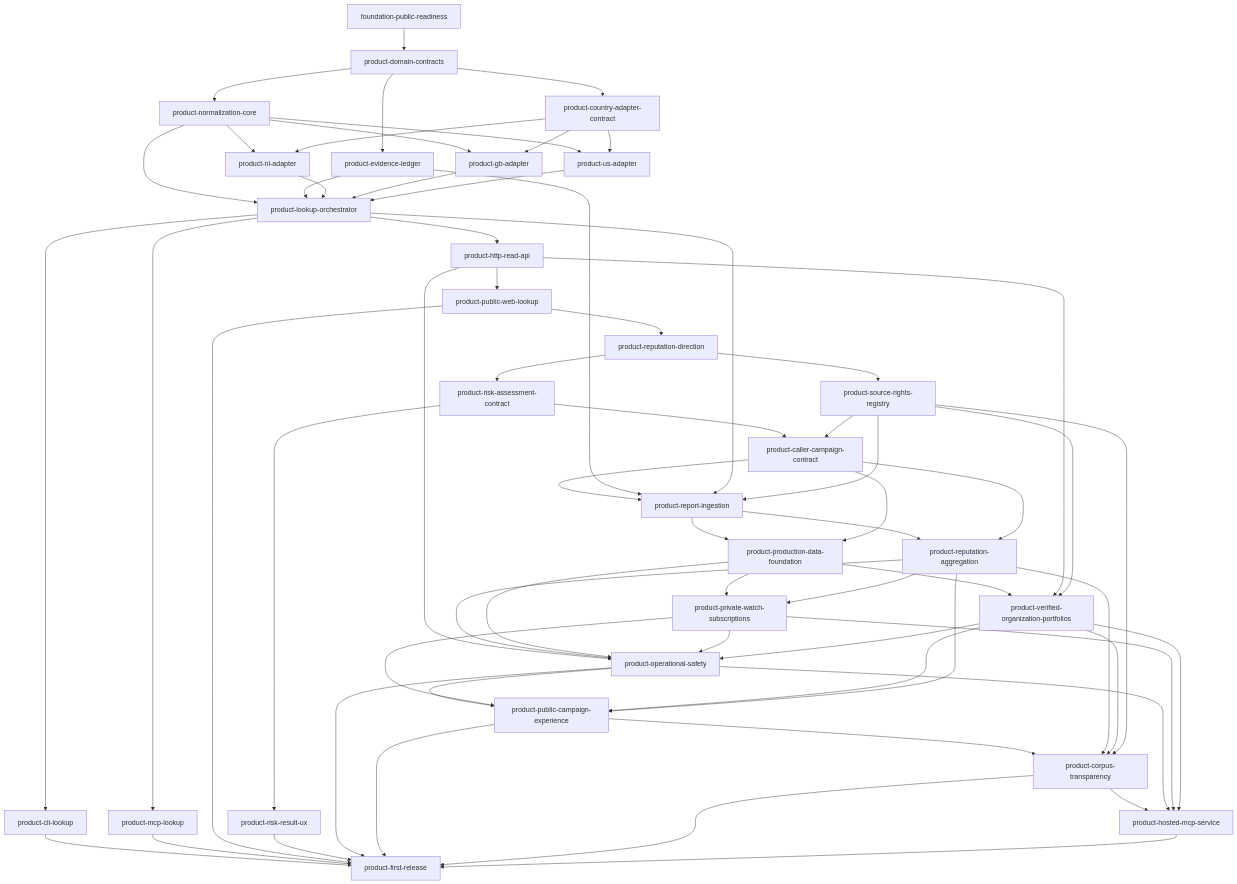
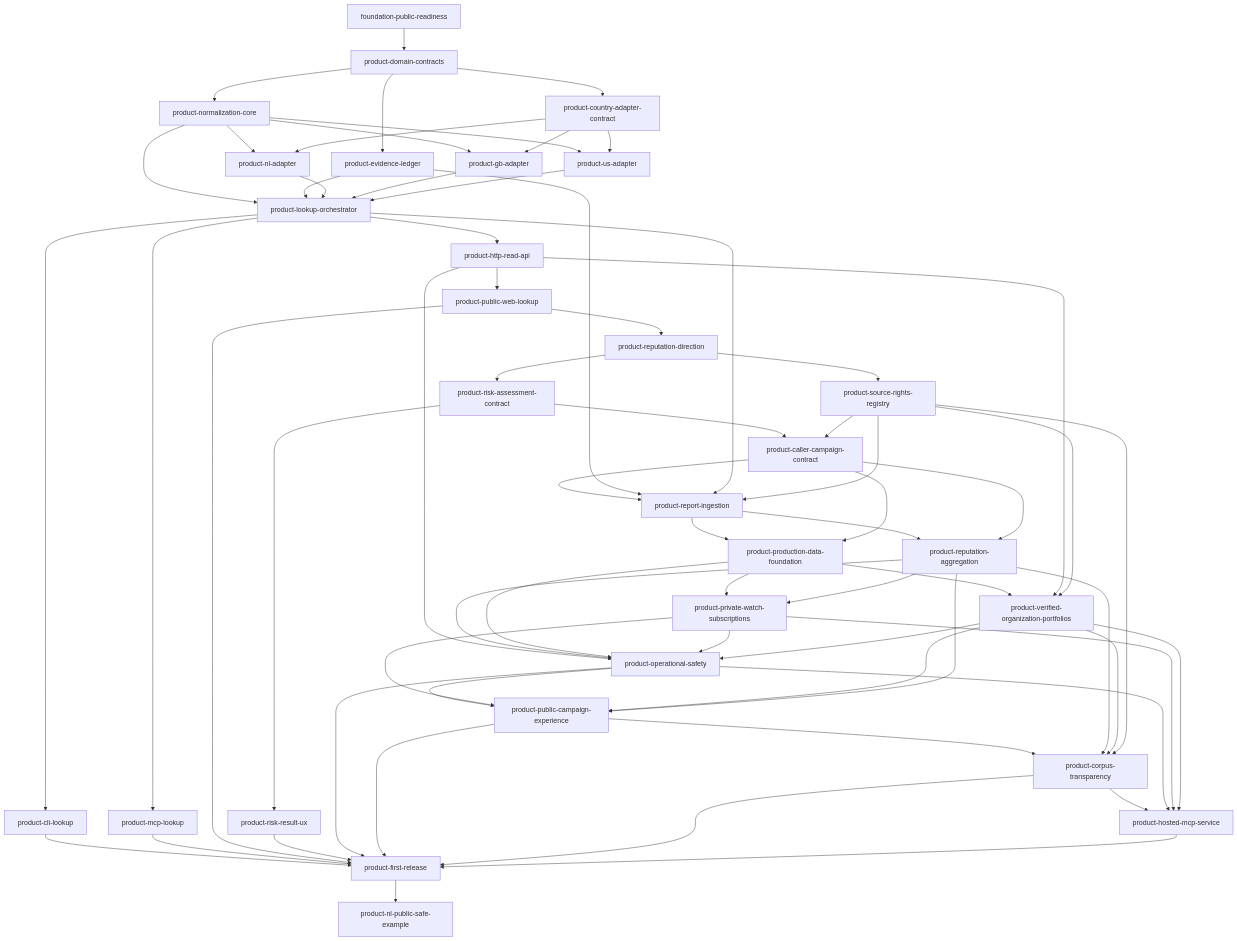
The diagram in docs/implementation-plan.md (viggomeesters/callersignal), drawn with Mermaid before and after one commit. The commit also changed other lines of this file and 26 other files, not shown here.

Commit message:
feat: add Dutch public-safe lookup example

````diff
--- a/docs/implementation-plan.md
+++ b/docs/implementation-plan.md
@@ -247,66 +257,67 @@
 ```mermaid
 flowchart TD
     F[foundation-public-readiness] --> D[product-domain-contracts]
     D --> N[product-normalization-core]
     D --> E[product-evidence-ledger]
     D --> C[product-country-adapter-contract]
     N --> NL[product-nl-adapter]
     C --> NL
     N --> GB[product-gb-adapter]
     C --> GB
     N --> US[product-us-adapter]
     C --> US
     N --> O[product-lookup-orchestrator]
     E --> O
     NL --> O
     GB --> O
     US --> O
     O --> CLI[product-cli-lookup]
     O --> MCP[product-mcp-lookup]
     O --> HTTP[product-http-read-api]
     HTTP --> WEB[product-public-web-lookup]
     WEB --> DIR[product-reputation-direction]
     DIR --> RISK[product-risk-assessment-contract]
     RISK --> RUX[product-risk-result-ux]
     DIR --> SR[product-source-rights-registry]
     RISK --> CC[product-caller-campaign-contract]
     SR --> CC
     CC --> R
     E --> R[product-report-ingestion]
     O --> R
     SR --> R
     R --> A[product-reputation-aggregation]
     CC --> A
     R --> DATA[product-production-data-foundation]
     CC --> DATA
     DATA --> WATCH[product-private-watch-subscriptions]
     A --> WATCH
     DATA --> ORG[product-verified-organization-portfolios]
     HTTP --> ORG
     SR --> ORG
     HTTP --> OPS[product-operational-safety]
     A --> OPS
     DATA --> OPS
     WATCH --> OPS
     ORG --> OPS
     OPS --> EXP[product-public-campaign-experience]
     WATCH --> EXP
     ORG --> EXP
     A --> EXP
     EXP --> TRANS[product-corpus-transparency]
     A --> TRANS
     ORG --> TRANS
     SR --> TRANS
     TRANS --> RMCP[product-hosted-mcp-service]
     OPS --> RMCP
     WATCH --> RMCP
     ORG --> RMCP
     CLI --> REL[product-first-release]
     MCP --> REL
     WEB --> REL
     RUX --> REL
     OPS --> REL
     EXP --> REL
     TRANS --> REL
     RMCP --> REL
+    REL --> NLEX[product-nl-public-safe-example]
 ```
````
